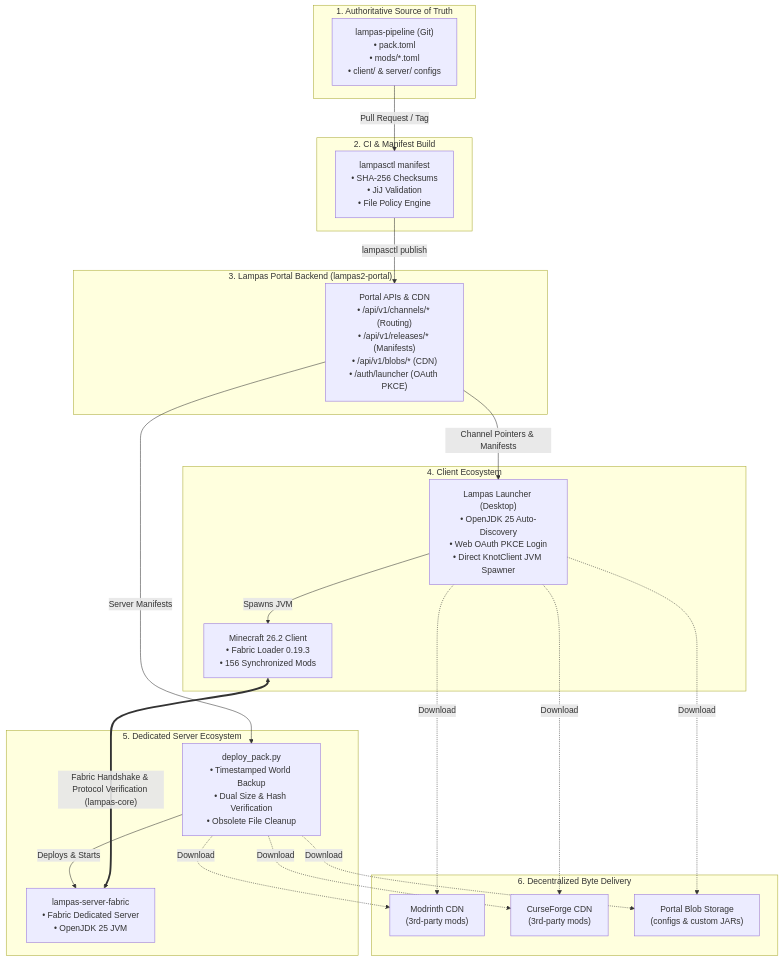
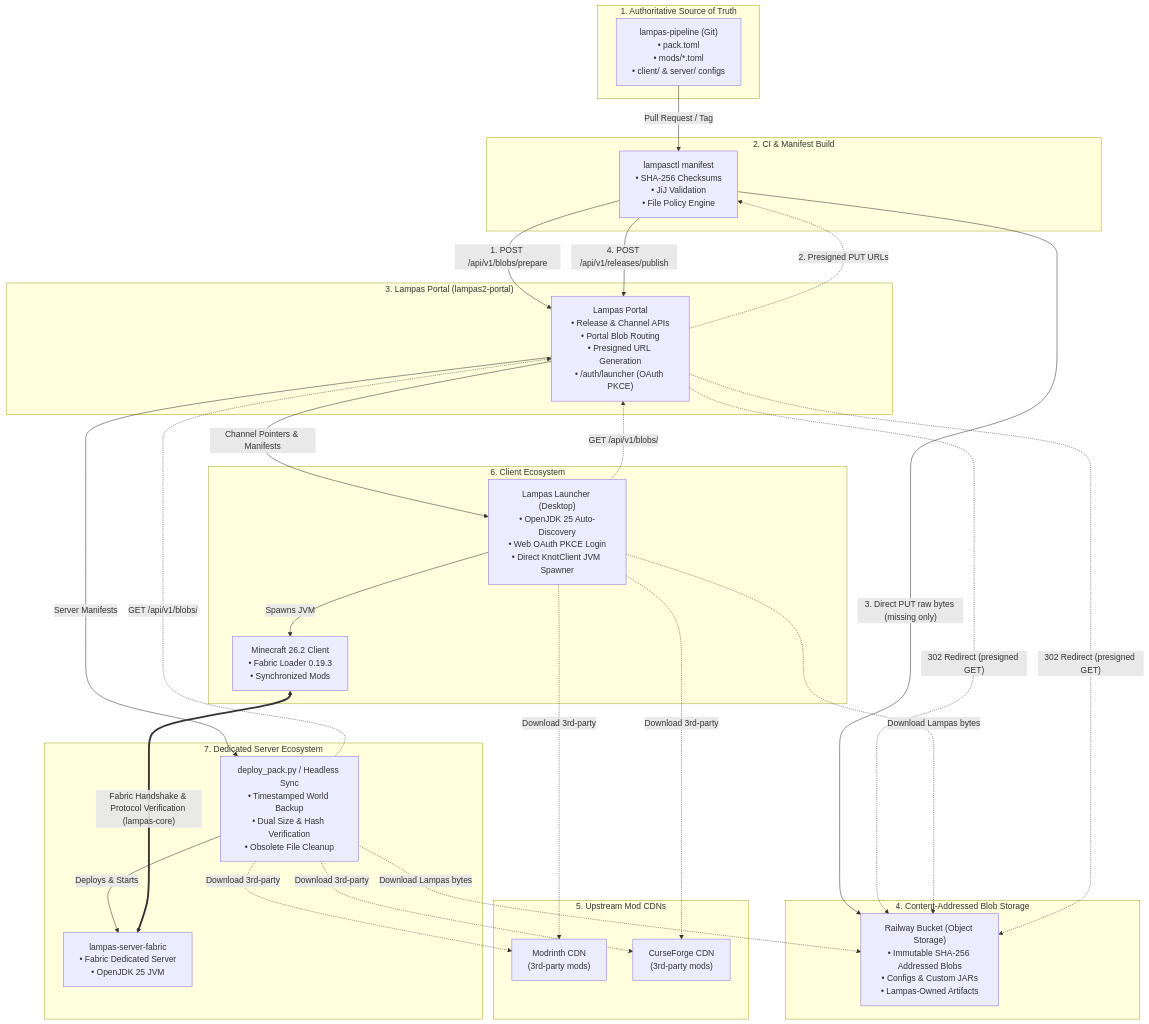
One commit to justbecauseph/lampas-pipeline changed the first of 5 diagrams in README.md. Above: the diagram before and after it, drawn with Mermaid. The commit also changed other lines of this file, not shown here.

````diff
--- a/README.md
+++ b/README.md
@@ -17,49 +17,59 @@
 ```mermaid
 graph TD
     subgraph Git ["1. Authoritative Source of Truth"]
         Pipeline["lampas-pipeline (Git)<br/>• pack.toml<br/>• mods/*.toml<br/>• client/ & server/ configs"]
     end
 
     subgraph CI ["2. CI & Manifest Build"]
         Lampasctl["lampasctl manifest<br/>• SHA-256 Checksums<br/>• JiJ Validation<br/>• File Policy Engine"]
     end
 
-    subgraph Portal ["3. Lampas Portal Backend (lampas2-portal)"]
-        PortalAPI["Portal APIs & CDN<br/>• /api/v1/channels/* (Routing)<br/>• /api/v1/releases/* (Manifests)<br/>• /api/v1/blobs/* (CDN)<br/>• /auth/launcher (OAuth PKCE)"]
+    subgraph PortalLayer ["3. Lampas Portal (lampas2-portal)"]
+        PortalAPI["Lampas Portal<br/>• Release & Channel APIs<br/>• Portal Blob Routing<br/>• Presigned URL Generation<br/>• /auth/launcher (OAuth PKCE)"]
     end
 
-    subgraph ClientLayer ["4. Client Ecosystem"]
-        Launcher["Lampas Launcher (Desktop)<br/>• OpenJDK 25 Auto-Discovery<br/>• Web OAuth PKCE Login<br/>• Direct KnotClient JVM Spawner"]
-        ClientMC["Minecraft 26.2 Client<br/>• Fabric Loader 0.19.3<br/>• 156 Synchronized Mods"]
+    subgraph Storage ["4. Content-Addressed Blob Storage"]
+        RailwayBucket["Railway Bucket (Object Storage)<br/>• Immutable SHA-256 Addressed Blobs<br/>• Configs & Custom JARs<br/>• Lampas-Owned Artifacts"]
     end
 
-    subgraph ServerLayer ["5. Dedicated Server Ecosystem"]
-        ServerScript["deploy_pack.py<br/>• Timestamped World Backup<br/>• Dual Size & Hash Verification<br/>• Obsolete File Cleanup"]
+    subgraph CDNs ["5. Upstream Mod CDNs"]
+        Modrinth["Modrinth CDN<br/>(3rd-party mods)"]
+        CurseForge["CurseForge CDN<br/>(3rd-party mods)"]
+    end
+
+    subgraph ClientLayer ["6. Client Ecosystem"]
+        Launcher["Lampas Launcher (Desktop)<br/>• OpenJDK 25 Auto-Discovery<br/>• Web OAuth PKCE Login<br/>• Direct KnotClient JVM Spawner"]
+        ClientMC["Minecraft 26.2 Client<br/>• Fabric Loader 0.19.3<br/>• Synchronized Mods"]
+    end
+
+    subgraph ServerLayer ["7. Dedicated Server Ecosystem"]
+        ServerScript["deploy_pack.py / Headless Sync<br/>• Timestamped World Backup<br/>• Dual Size & Hash Verification<br/>• Obsolete File Cleanup"]
         ServerMC["lampas-server-fabric<br/>• Fabric Dedicated Server<br/>• OpenJDK 25 JVM"]
     end
 
-    subgraph CDNs ["6. Decentralized Byte Delivery"]
-        Modrinth["Modrinth CDN<br/>(3rd-party mods)"]
-        CurseForge["CurseForge CDN<br/>(3rd-party mods)"]
-        PortalBlobs["Portal Blob Storage<br/>(configs & custom JARs)"]
-    end
-
     Pipeline -->|Pull Request / Tag| Lampasctl
-    Lampasctl -->|lampasctl publish| PortalAPI
+    Lampasctl -->|"1. POST /api/v1/blobs/prepare"| PortalAPI
+    PortalAPI -.->|"2. Presigned PUT URLs"| Lampasctl
+    Lampasctl -->|"3. Direct PUT raw bytes (missing only)"| RailwayBucket
+    Lampasctl -->|"4. POST /api/v1/releases/publish"| PortalAPI
 
     PortalAPI -->|Channel Pointers & Manifests| Launcher
     PortalAPI -->|Server Manifests| ServerScript
 
-    Launcher -.->|Download| Modrinth
-    Launcher -.->|Download| CurseForge
-    Launcher -.->|Download| PortalBlobs
+    Launcher -.->|Download 3rd-party| Modrinth
+    Launcher -.->|Download 3rd-party| CurseForge
+    Launcher -.->|"GET /api/v1/blobs/<sha256>"| PortalAPI
+    PortalAPI -.->|"302 Redirect (presigned GET)"| RailwayBucket
+    Launcher -.->|Download Lampas bytes| RailwayBucket
 
-    ServerScript -.->|Download| Modrinth
-    ServerScript -.->|Download| CurseForge
-    ServerScript -.->|Download| PortalBlobs
+    ServerScript -.->|Download 3rd-party| Modrinth
+    ServerScript -.->|Download 3rd-party| CurseForge
+    ServerScript -.->|"GET /api/v1/blobs/<sha256>"| PortalAPI
+    PortalAPI -.->|"302 Redirect (presigned GET)"| RailwayBucket
+    ServerScript -.->|Download Lampas bytes| RailwayBucket
 
     Launcher -->|Spawns JVM| ClientMC
     ServerScript -->|Deploys & Starts| ServerMC
 
     ClientMC <===>|"Fabric Handshake & Protocol Verification (lampas-core)"| ServerMC
 ```
````
